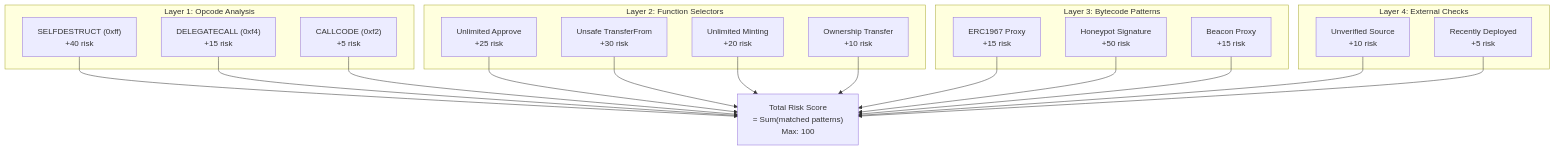
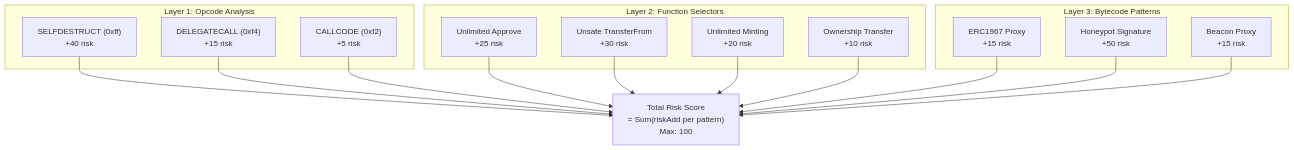
Before and after one commit to artomily/doman: the second of 9 diagrams in README.md, drawn with Mermaid. The commit also changed other lines of this file, not shown here.

Commit message:
fix(readme): update scam detection engine description and enhance implementation notes

````diff
--- a/README.md
+++ b/README.md
@@ -104,28 +104,23 @@
 ```mermaid
 flowchart TB
     subgraph "Layer 1: Opcode Analysis"
         O1["SELFDESTRUCT (0xff)<br/>+40 risk"]
         O2["DELEGATECALL (0xf4)<br/>+15 risk"]
         O3["CALLCODE (0xf2)<br/>+5 risk"]
     end
 
     subgraph "Layer 2: Function Selectors"
         S1["Unlimited Approve<br/>+25 risk"]
         S2["Unsafe TransferFrom<br/>+30 risk"]
         S3["Unlimited Minting<br/>+20 risk"]
         S4["Ownership Transfer<br/>+10 risk"]
     end
 
     subgraph "Layer 3: Bytecode Patterns"
         B1["ERC1967 Proxy<br/>+15 risk"]
         B2["Honeypot Signature<br/>+50 risk"]
         B3["Beacon Proxy<br/>+15 risk"]
     end
 
-    subgraph "Layer 4: External Checks"
-        E1["Unverified Source<br/>+10 risk"]
-        E2["Recently Deployed<br/>+5 risk"]
-    end
-
-    O1 & O2 & O3 & S1 & S2 & S3 & S4 & B1 & B2 & B3 & E1 & E2 --> R["Total Risk Score<br/>= Sum(matched patterns)<br/>Max: 100"]
+    O1 & O2 & O3 & S1 & S2 & S3 & S4 & B1 & B2 & B3 --> R["Total Risk Score<br/>= Sum(riskAdd per pattern)<br/>Max: 100"]
 ```
````
